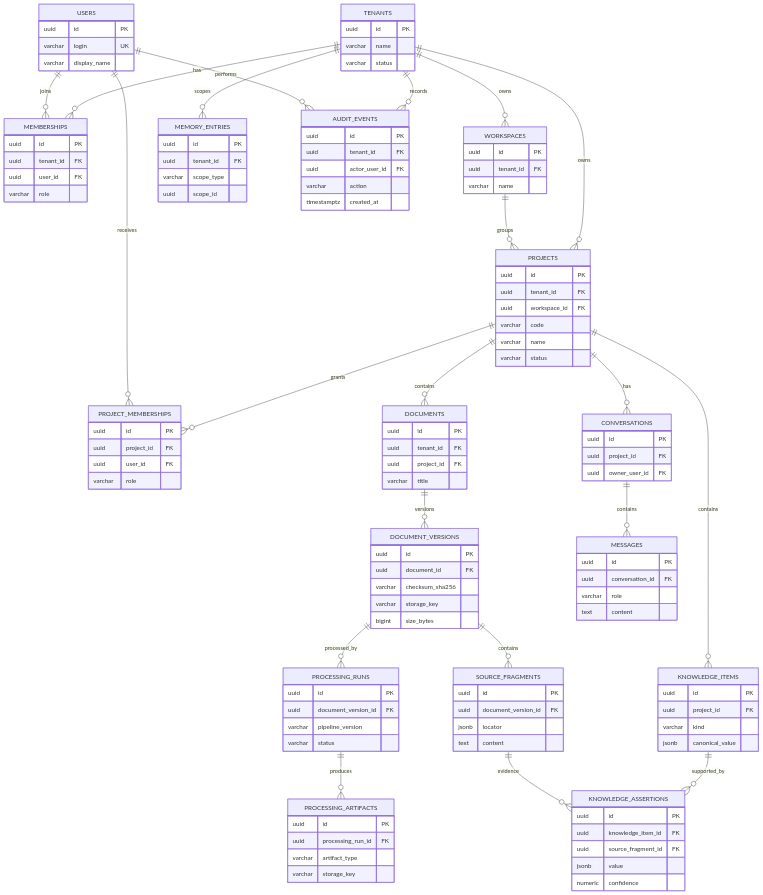
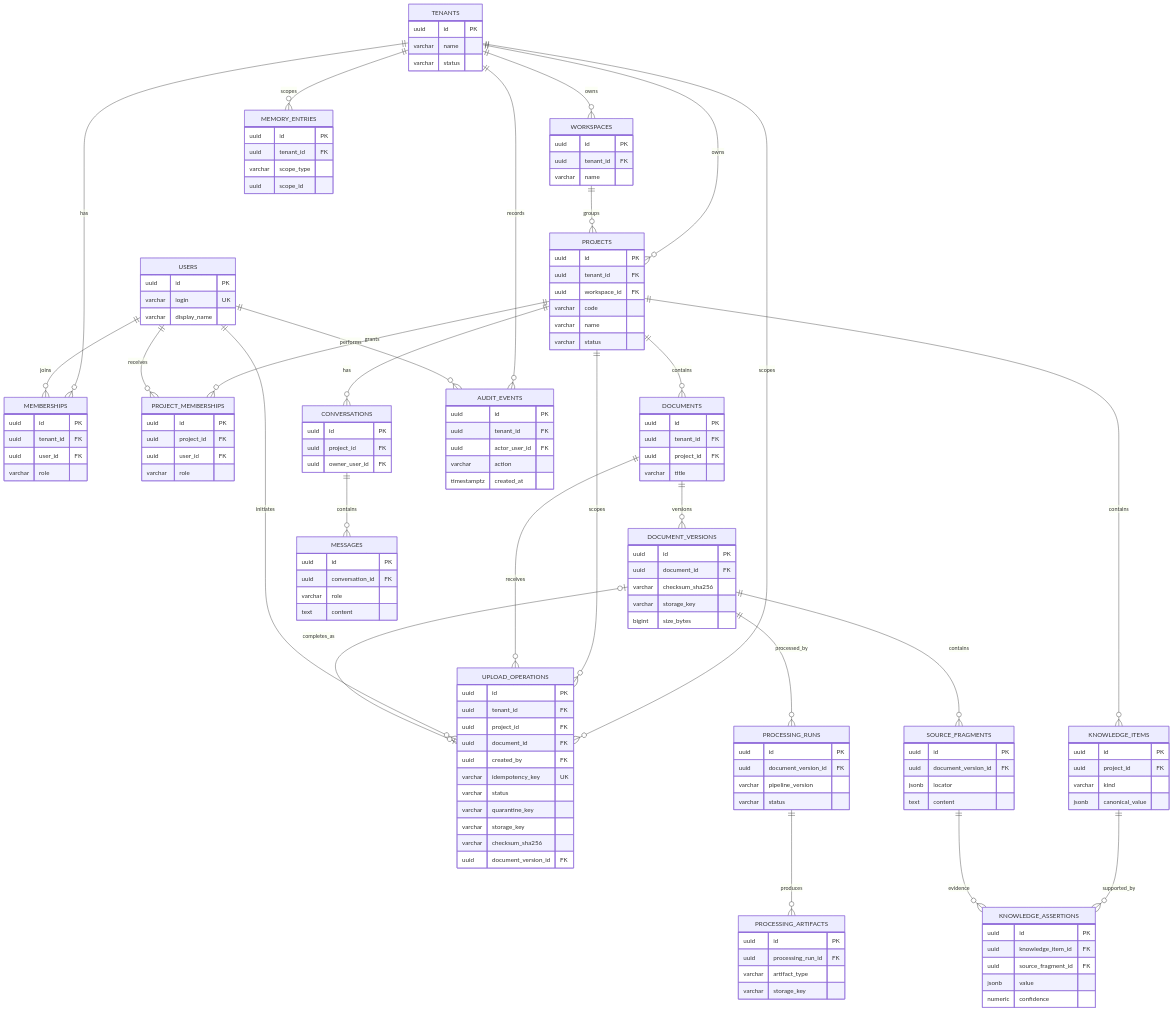
Before and after one commit to Dach1980/Personal_Expert_AI: the diagram in docs/architecture/erd.mmd, drawn with Mermaid.

Commit message:
docs(erd): include upload operation journal relationships

```diff
--- a/docs/architecture/erd.mmd
+++ b/docs/architecture/erd.mmd
@@ -1,90 +1,106 @@
 erDiagram
     TENANTS ||--o{ MEMBERSHIPS : has
     USERS ||--o{ MEMBERSHIPS : joins
     TENANTS ||--o{ WORKSPACES : owns
     TENANTS ||--o{ PROJECTS : owns
     WORKSPACES ||--o{ PROJECTS : groups
     PROJECTS ||--o{ PROJECT_MEMBERSHIPS : grants
     USERS ||--o{ PROJECT_MEMBERSHIPS : receives
     PROJECTS ||--o{ DOCUMENTS : contains
     DOCUMENTS ||--o{ DOCUMENT_VERSIONS : versions
+    TENANTS ||--o{ UPLOAD_OPERATIONS : scopes
+    PROJECTS ||--o{ UPLOAD_OPERATIONS : scopes
+    DOCUMENTS ||--o{ UPLOAD_OPERATIONS : receives
+    USERS ||--o{ UPLOAD_OPERATIONS : initiates
+    DOCUMENT_VERSIONS |o--o| UPLOAD_OPERATIONS : completes_as
     DOCUMENT_VERSIONS ||--o{ PROCESSING_RUNS : processed_by
     PROCESSING_RUNS ||--o{ PROCESSING_ARTIFACTS : produces
     DOCUMENT_VERSIONS ||--o{ SOURCE_FRAGMENTS : contains
     PROJECTS ||--o{ KNOWLEDGE_ITEMS : contains
     KNOWLEDGE_ITEMS ||--o{ KNOWLEDGE_ASSERTIONS : supported_by
     SOURCE_FRAGMENTS ||--o{ KNOWLEDGE_ASSERTIONS : evidence
     PROJECTS ||--o{ CONVERSATIONS : has
     CONVERSATIONS ||--o{ MESSAGES : contains
     TENANTS ||--o{ MEMORY_ENTRIES : scopes
     TENANTS ||--o{ AUDIT_EVENTS : records
     USERS ||--o{ AUDIT_EVENTS : performs
     TENANTS { uuid id PK
         varchar name
         varchar status }
     USERS { uuid id PK
         varchar login UK
         varchar display_name }
     MEMBERSHIPS { uuid id PK
         uuid tenant_id FK
         uuid user_id FK
         varchar role }
     WORKSPACES { uuid id PK
         uuid tenant_id FK
         varchar name }
     PROJECTS { uuid id PK
         uuid tenant_id FK
         uuid workspace_id FK
         varchar code
         varchar name
         varchar status }
     PROJECT_MEMBERSHIPS { uuid id PK
         uuid project_id FK
         uuid user_id FK
         varchar role }
     DOCUMENTS { uuid id PK
         uuid tenant_id FK
         uuid project_id FK
         varchar title }
     DOCUMENT_VERSIONS { uuid id PK
         uuid document_id FK
         varchar checksum_sha256
         varchar storage_key
         bigint size_bytes }
+    UPLOAD_OPERATIONS { uuid id PK
+        uuid tenant_id FK
+        uuid project_id FK
+        uuid document_id FK
+        uuid created_by FK
+        varchar idempotency_key UK
+        varchar status
+        varchar quarantine_key
+        varchar storage_key
+        varchar checksum_sha256
+        uuid document_version_id FK }
     PROCESSING_RUNS { uuid id PK
         uuid document_version_id FK
         varchar pipeline_version
         varchar status }
     PROCESSING_ARTIFACTS { uuid id PK
         uuid processing_run_id FK
         varchar artifact_type
         varchar storage_key }
     SOURCE_FRAGMENTS { uuid id PK
         uuid document_version_id FK
         jsonb locator
         text content }
     KNOWLEDGE_ITEMS { uuid id PK
         uuid project_id FK
         varchar kind
         jsonb canonical_value }
     KNOWLEDGE_ASSERTIONS { uuid id PK
         uuid knowledge_item_id FK
         uuid source_fragment_id FK
         jsonb value
         numeric confidence }
     CONVERSATIONS { uuid id PK
         uuid project_id FK
         uuid owner_user_id FK }
     MESSAGES { uuid id PK
         uuid conversation_id FK
         varchar role
         text content }
     MEMORY_ENTRIES { uuid id PK
         uuid tenant_id FK
         varchar scope_type
         uuid scope_id }
     AUDIT_EVENTS { uuid id PK
         uuid tenant_id FK
         uuid actor_user_id FK
         varchar action
         timestamptz created_at }
```
